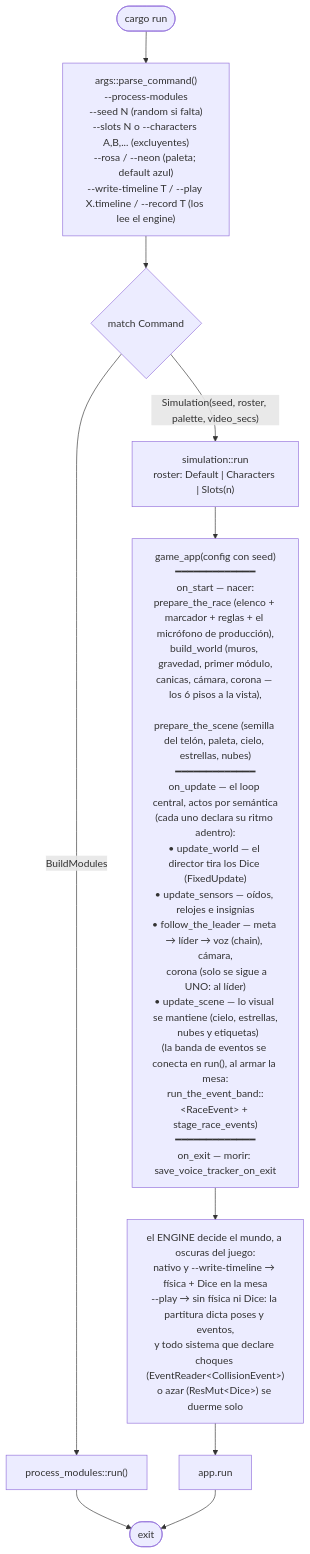
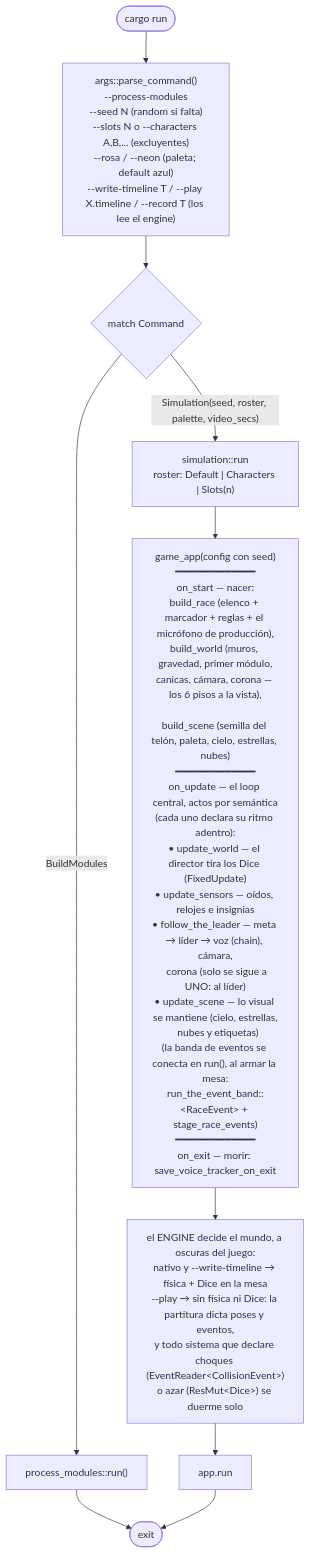
Before and after one commit to jesusgomeznuz/canicasbrawl-rapier: the first of 5 diagrams in docs/flow.md, drawn with Mermaid. The commit also changed 4 other files, not shown here.

First line of the commit message:
rename: la nomenclatura de los directores — build_* nace, update_* vive

````diff
--- a/docs/flow.md
+++ b/docs/flow.md
@@ -7,15 +7,15 @@
 ```mermaid
 flowchart TD
     Start([cargo run]) --> Parse["args::parse_command()<br/>--process-modules<br/>--seed N (random si falta)<br/>--slots N o --characters A,B,... (excluyentes)<br/>--rosa / --neon (paleta; default azul)<br/>--write-timeline T / --play X.timeline / --record T (los lee el engine)"]
     Parse --> Match{match Command}
     Match -- BuildModules --> Editor["process_modules::run()"]
     Match -- "Simulation(seed, roster, palette, video_secs)" --> Run["simulation::run<br/>roster: Default | Characters | Slots(n)"]
 
-    Run --> Fases["game_app(config con seed)<br/>━━━━━━━━━━━━━<br/>on_start — nacer:<br/>prepare_the_race (elenco + marcador + reglas + el micrófono de producción),<br/>build_world (muros, gravedad, primer módulo,<br/>canicas, cámara, corona — los 6 pisos a la vista),<br/><br/>prepare_the_scene (semilla del telón, paleta, cielo, estrellas, nubes)<br/>━━━━━━━━━━━━━<br/>on_update — el loop central, actos por semántica<br/>(cada uno declara su ritmo adentro):<br/>• update_world — el director tira los Dice (FixedUpdate)<br/>• update_sensors — oídos, relojes e insignias<br/>• follow_the_leader — meta → líder → voz (chain), cámara,<br/>&nbsp;&nbsp;corona (solo se sigue a UNO: al líder)<br/>• update_scene — lo visual se mantiene (cielo, estrellas,<br/>&nbsp;&nbsp;nubes y etiquetas)<br/>(la banda de eventos se conecta en run(), al armar la mesa:<br/>run_the_event_band::&lt;RaceEvent&gt; + stage_race_events)<br/>━━━━━━━━━━━━━<br/>on_exit — morir: save_voice_tracker_on_exit"]
+    Run --> Fases["game_app(config con seed)<br/>━━━━━━━━━━━━━<br/>on_start — nacer:<br/>build_race (elenco + marcador + reglas + el micrófono de producción),<br/>build_world (muros, gravedad, primer módulo,<br/>canicas, cámara, corona — los 6 pisos a la vista),<br/><br/>build_scene (semilla del telón, paleta, cielo, estrellas, nubes)<br/>━━━━━━━━━━━━━<br/>on_update — el loop central, actos por semántica<br/>(cada uno declara su ritmo adentro):<br/>• update_world — el director tira los Dice (FixedUpdate)<br/>• update_sensors — oídos, relojes e insignias<br/>• follow_the_leader — meta → líder → voz (chain), cámara,<br/>&nbsp;&nbsp;corona (solo se sigue a UNO: al líder)<br/>• update_scene — lo visual se mantiene (cielo, estrellas,<br/>&nbsp;&nbsp;nubes y etiquetas)<br/>(la banda de eventos se conecta en run(), al armar la mesa:<br/>run_the_event_band::&lt;RaceEvent&gt; + stage_race_events)<br/>━━━━━━━━━━━━━<br/>on_exit — morir: save_voice_tracker_on_exit"]
 
     Fases --> Dark["el ENGINE decide el mundo, a oscuras del juego:<br/>nativo y --write-timeline → física + Dice en la mesa<br/>--play → sin física ni Dice: la partitura dicta poses y eventos,<br/>y todo sistema que declare choques (EventReader&lt;CollisionEvent&gt;)<br/>o azar (ResMut&lt;Dice&gt;) se duerme solo"]
 
     Editor --> End([exit])
     Dark --> Loop["app.run"]
     Loop --> End
 ```
````
